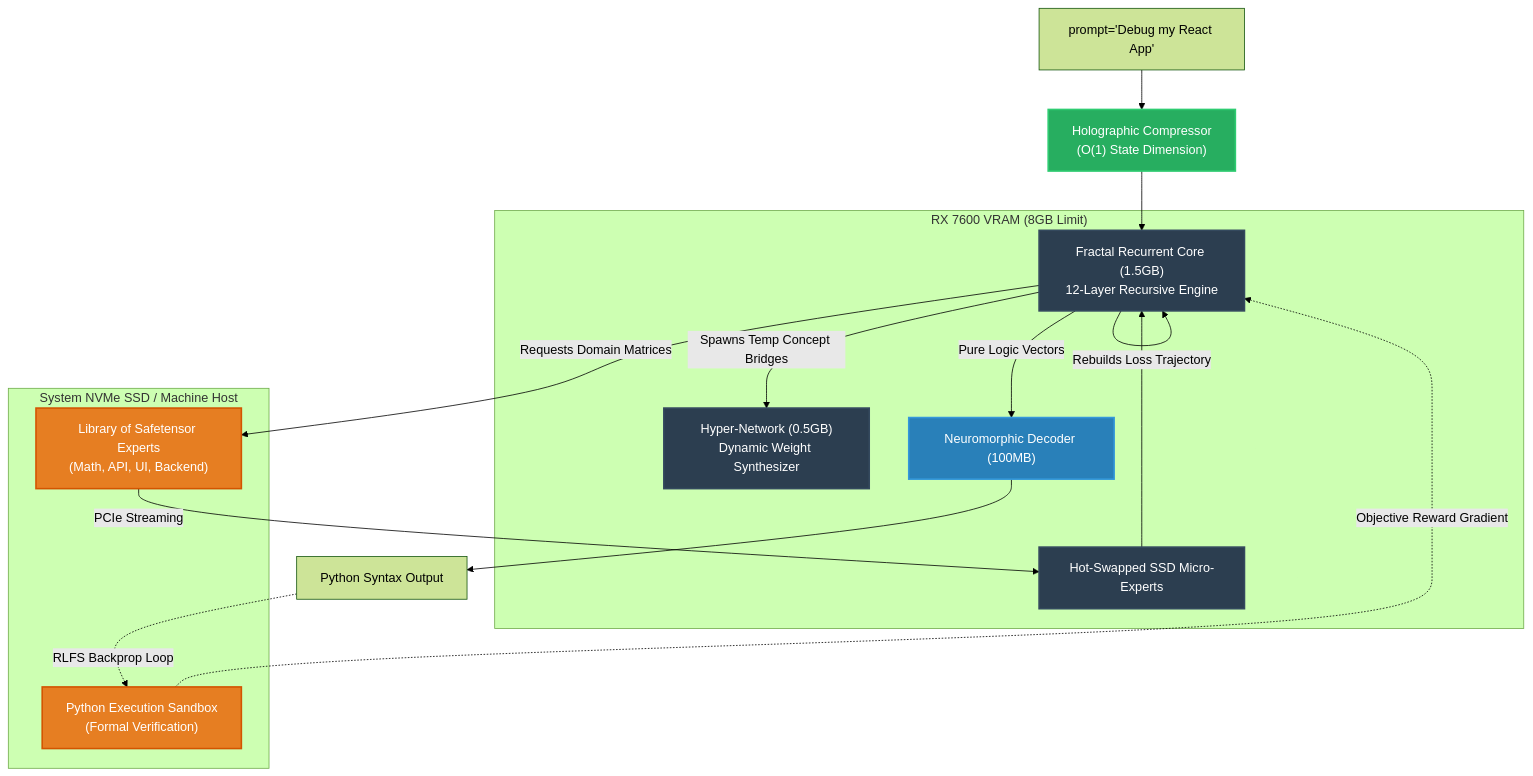
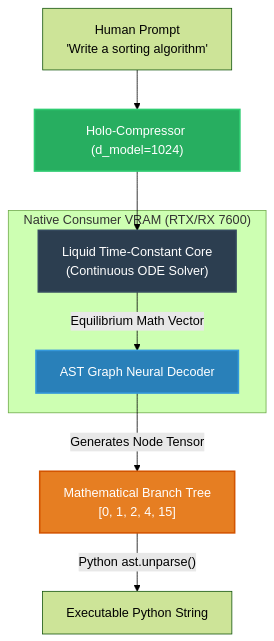
The diagram in README.md (IRSPlays/SNAP-C1), drawn with Mermaid (forest theme) before and after one commit. The commit also changed other lines of this file, not shown here.

Commit message:
docs: Rebrand to SNAP-C1 V3 Architecture

````diff
--- a/README.md
+++ b/README.md
@@ -56,35 +51,21 @@
 ```mermaid
 graph TD
     classDef core fill:#2C3E50,stroke:#34495E,stroke-width:2px,color:#fff;
     classDef memory fill:#27AE60,stroke:#2ECC71,stroke-width:2px,color:#fff;
-    classDef storage fill:#E67E22,stroke:#D35400,stroke-width:2px,color:#fff;
+    classDef target fill:#E67E22,stroke:#D35400,stroke-width:2px,color:#fff;
     classDef decoder fill:#2980B9,stroke:#3498DB,stroke-width:2px,color:#fff;
 
-    Input["prompt='Debug my React App'"] --> Compress
-    Compress["Holographic Compressor<br/>(O(1) State Dimension)"]:::memory --> Core
+    Input["Human Prompt<br/>'Write a sorting algorithm'"] --> Compress
+    Compress["Holo-Compressor (d_model=1024)"]:::memory --> Core
 
-    subgraph "RX 7600 VRAM (8GB Limit)"
-        Core["Fractal Recurrent Core (1.5GB)<br/>12-Layer Recursive Engine"]:::core
-        Hyper["Hyper-Network (0.5GB)<br/>Dynamic Weight Synthesizer"]:::core
-        Active["Hot-Swapped SSD Micro-Experts"]:::core
-        Dec["Neuromorphic Decoder (100MB)"]:::decoder
+    subgraph "Native Consumer VRAM (RTX/RX 7600)"
+        Core["Liquid Time-Constant Core<br/>(Continuous ODE Solver)"]:::core
+        Dec["AST Graph Neural Decoder"]:::decoder
         
-        Core -- "Rebuilds Loss Trajectory" --> Core
-        Core -- "Spawns Temp Concept Bridges" --> Hyper
+        Core -- "Equilibrium Math Vector" --> Dec
     end
 
-    subgraph "System NVMe SSD / Machine Host"
-        Store["Library of Safetensor Experts<br/>(Math, API, UI, Backend)"]:::storage
-        Sandbox["Python Execution Sandbox<br/>(Formal Verification)"]:::storage
-    end
-
-    Core -- "Requests Domain Matrices" --> Store
-    Store -- "PCIe Streaming" --> Active
-    Active --> Core
-
-    Core -- "Pure Logic Vectors" --> Dec
-    Dec --> Answer["Python Syntax Output"]
+    Dec -- "Generates Node Tensor" --> AST["Mathematical Branch Tree<br/>[0, 1, 2, 4, 15]"]:::target
     
-    Answer -. "RLFS Backprop Loop" .-> Sandbox
-    Sandbox -. "Objective Reward Gradient" .-> Core
+    AST -- "Python ast.unparse()" --> Output["Executable Python String"]
 ```
````
